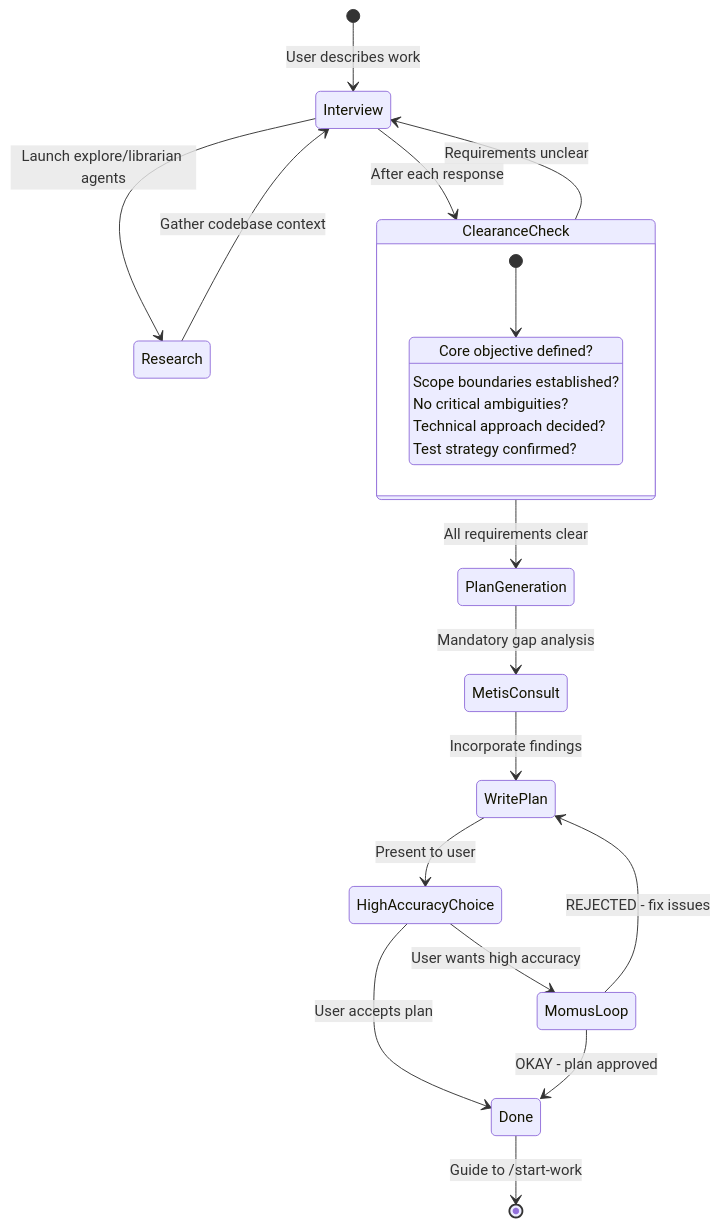
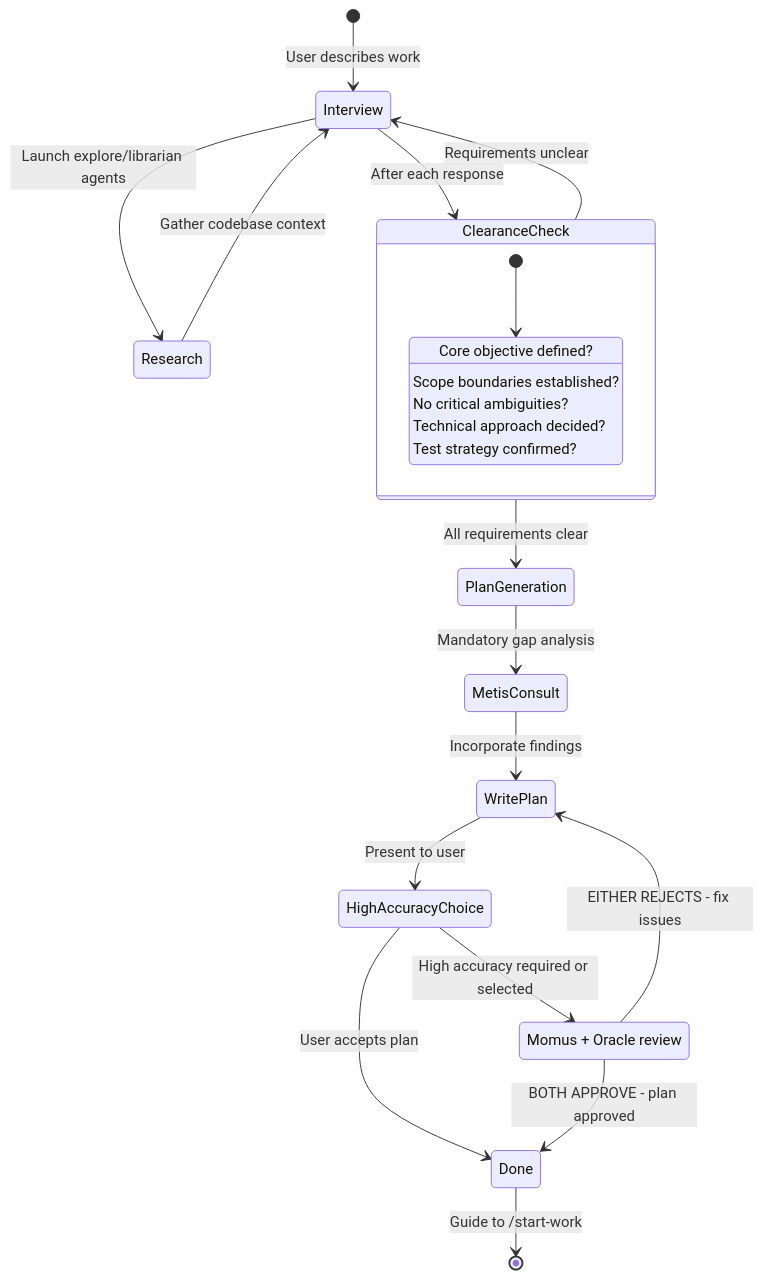
Before and after one commit to gabrielmoreira/agent-skills-mirror: the second of 3 diagrams in mirrors/repos/code-yeongyu@oh-my-openagent/docs/guide/orchestration.md, drawn with Mermaid. The commit also changed other lines of this file and 1476 other files, not shown here.

````diff
--- a/mirrors/repos/code-yeongyu@oh-my-openagent/docs/guide/orchestration.md
+++ b/mirrors/repos/code-yeongyu@oh-my-openagent/docs/guide/orchestration.md
@@ -126,31 +128,33 @@
 ```mermaid
 stateDiagram-v2
     [*] --> Interview: User describes work
     Interview --> Research: Launch explore/librarian agents
     Research --> Interview: Gather codebase context
     Interview --> ClearanceCheck: After each response
 
     ClearanceCheck --> Interview: Requirements unclear
     ClearanceCheck --> PlanGeneration: All requirements clear
 
     state ClearanceCheck {
         [*] --> Check
         Check: Core objective defined?
         Check: Scope boundaries established?
         Check: No critical ambiguities?
         Check: Technical approach decided?
         Check: Test strategy confirmed?
     }
 
     PlanGeneration --> MetisConsult: Mandatory gap analysis
     MetisConsult --> WritePlan: Incorporate findings
     WritePlan --> HighAccuracyChoice: Present to user
 
-    HighAccuracyChoice --> MomusLoop: User wants high accuracy
+    state "Momus + Oracle review" as DualReview
+
+    HighAccuracyChoice --> DualReview: High accuracy required or selected
     HighAccuracyChoice --> Done: User accepts plan
 
-    MomusLoop --> WritePlan: REJECTED - fix issues
-    MomusLoop --> Done: OKAY - plan approved
+    DualReview --> WritePlan: EITHER REJECTS - fix issues
+    DualReview --> Done: BOTH APPROVE - plan approved
 
     Done --> [*]: Guide to /start-work
 ```
````
